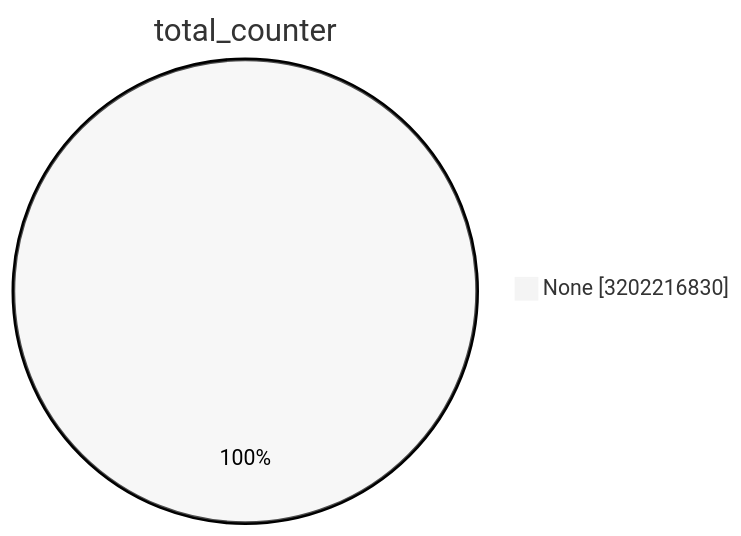
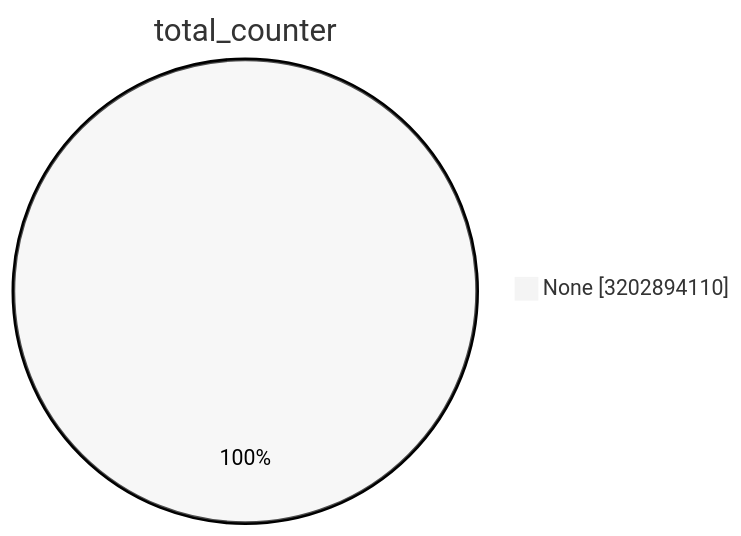
Before and after one commit to christiankrug/ctmonitor_visualization: the first of 15 diagrams in TOTAL/README.md, drawn with Mermaid (neutral theme). The commit also changed other lines of this file, not shown here.

````diff
--- a/TOTAL/README.md
+++ b/TOTAL/README.md
@@ -1,5 +1,5 @@
 ```mermaid
 pie showData
 title total_counter
-"None" :3202216830
+"None" :3202894110
 ```
````
